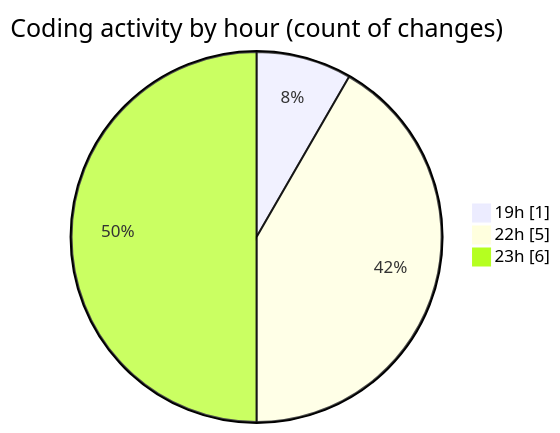
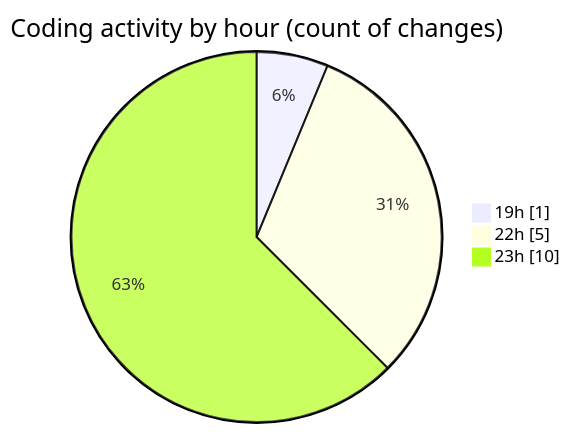
Before and after one commit to donsfak/code-tracking: the second of 2 diagrams in 2025-01-23/trackers_app/README.md, drawn with Mermaid. The commit also changed other lines of this file and 1 other file, not shown here.

````diff
--- a/2025-01-23/trackers_app/README.md
+++ b/2025-01-23/trackers_app/README.md
@@ -31,7 +31,7 @@
 ```mermaid
 pie showData
 title Coding activity by hour (count of changes)
 "19h" : 1
 "22h" : 5
-"23h" : 6
+"23h" : 10
 ```
````
